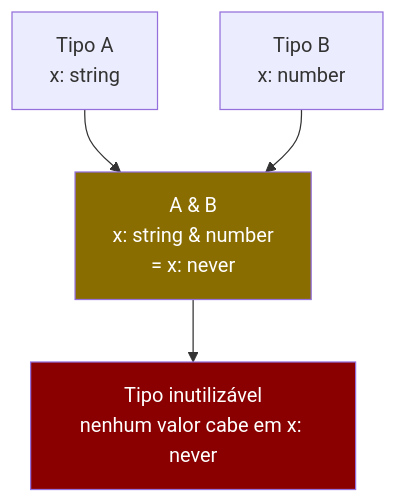
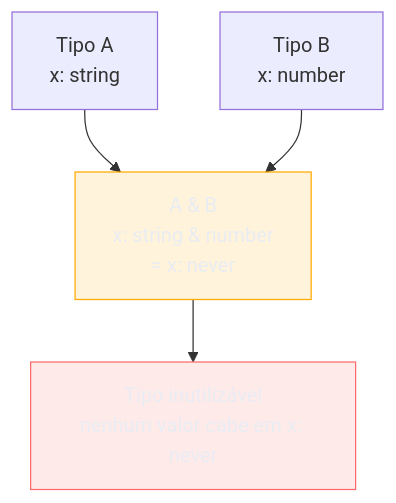
The fourth of 4 diagrams in 03-Dominios/Tecnologia/TypeScript/07 - Union e intersection types.md (josenaldo/codex-technomanticus), drawn with Mermaid before and after one commit. The commit also changed other lines of this file and 1181 other files, not shown here.

First line of the commit message:
fix(diagramas): paleta do sistema no lugar de cor cravada no markdown

````diff
--- a/03-Dominios/Tecnologia/TypeScript/07 - Union e intersection types.md
+++ b/03-Dominios/Tecnologia/TypeScript/07 - Union e intersection types.md
@@ -277,14 +283,16 @@
 ```mermaid
 flowchart TD
+    classDef destaque fill:#FFAA0024,stroke:#FFAA00,color:#E9ECF2
+    classDef falha fill:#FF6B6B24,stroke:#FF6B6B,color:#E9ECF2
     TA["Tipo A\nx: string"]
     TB["Tipo B\nx: number"]
     TC["A & B\nx: string & number\n= x: never"]
     ERR["Tipo inutilizável\nnenhum valor cabe em x: never"]
 
     TA --> TC
     TB --> TC
     TC --> ERR
 
-    style TC fill:#8a6d00,color:#fff
-    style ERR fill:#8a0000,color:#fff
+    class TC destaque
+    class ERR falha
 ```
````
